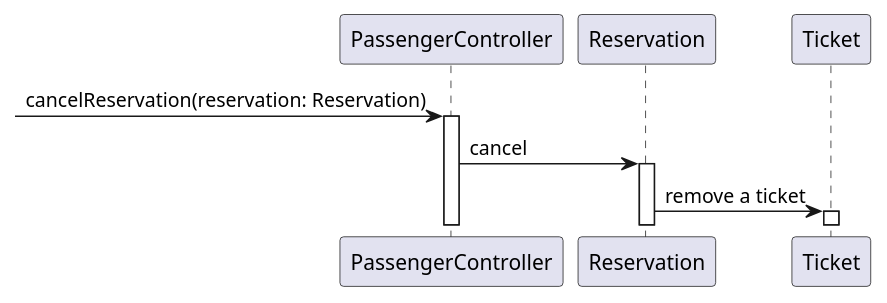
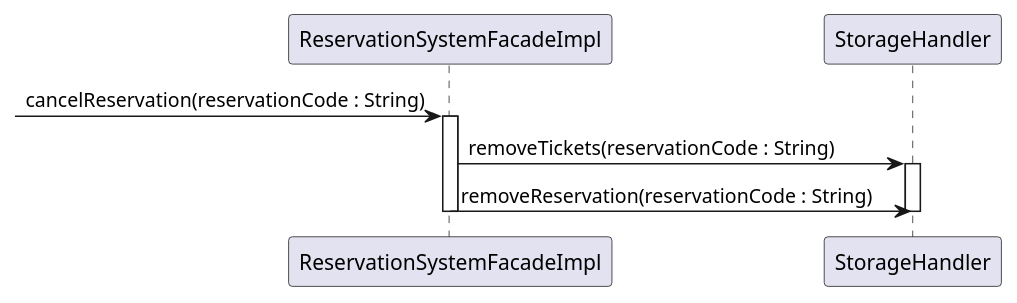
The diagram in Diagrams/Sequence/Passenger/7_cancel_reservation.puml (AlperenElbasan/FlightReservationSystem), drawn with PlantUML before and after one commit. The commit also changed 5 other files, not shown here.

Commit message:
update diagrams

```diff
--- a/Diagrams/Sequence/Passenger/7_cancel_reservation.puml
+++ b/Diagrams/Sequence/Passenger/7_cancel_reservation.puml
@@ -1,11 +1,13 @@
-@startuml
+@startuml cancel_reservation
 
--> PassengerController: cancelReservation(reservation: Reservation)
-activate PassengerController
+-> ReservationSystemFacadeImpl: cancelReservation(reservationCode : String) 
+activate ReservationSystemFacadeImpl
 
-PassengerController -> Reservation: cancel
-activate Reservation
-Reservation -> Ticket: remove a ticket
-activate Ticket
+ReservationSystemFacadeImpl -> StorageHandler : removeTickets(reservationCode : String)
+activate StorageHandler
+ReservationSystemFacadeImpl -> StorageHandler : removeReservation(reservationCode : String)
+deactivate StorageHandler
+
+deactivate ReservationSystemFacadeImpl
 
 @enduml
```
